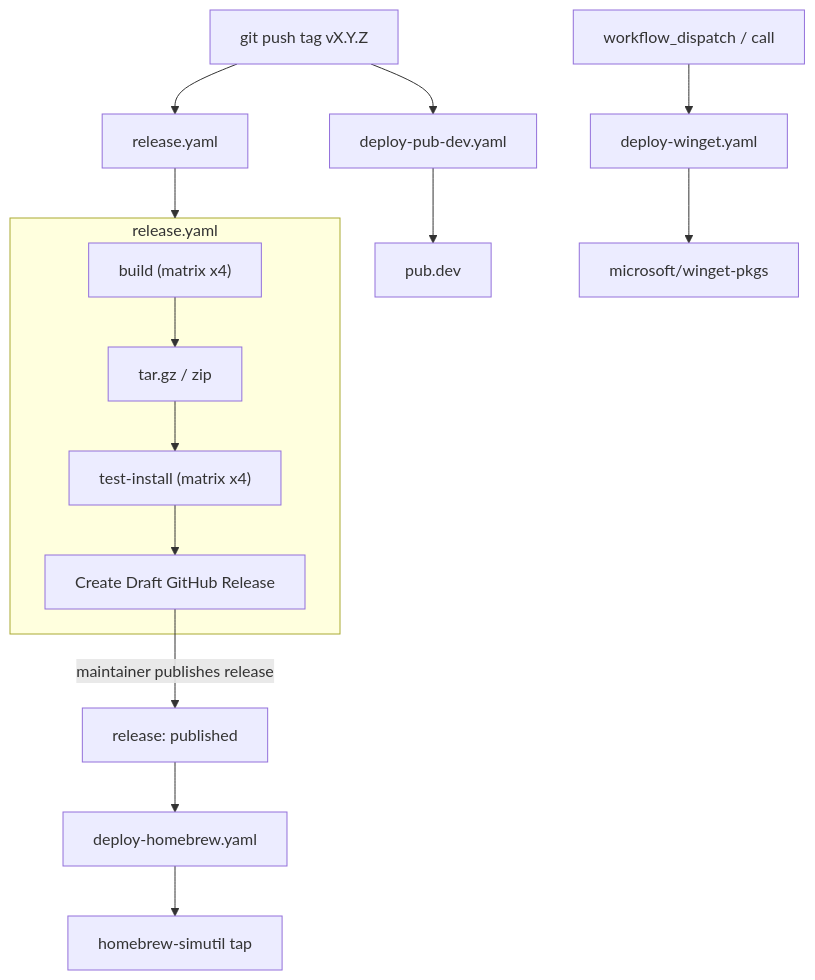
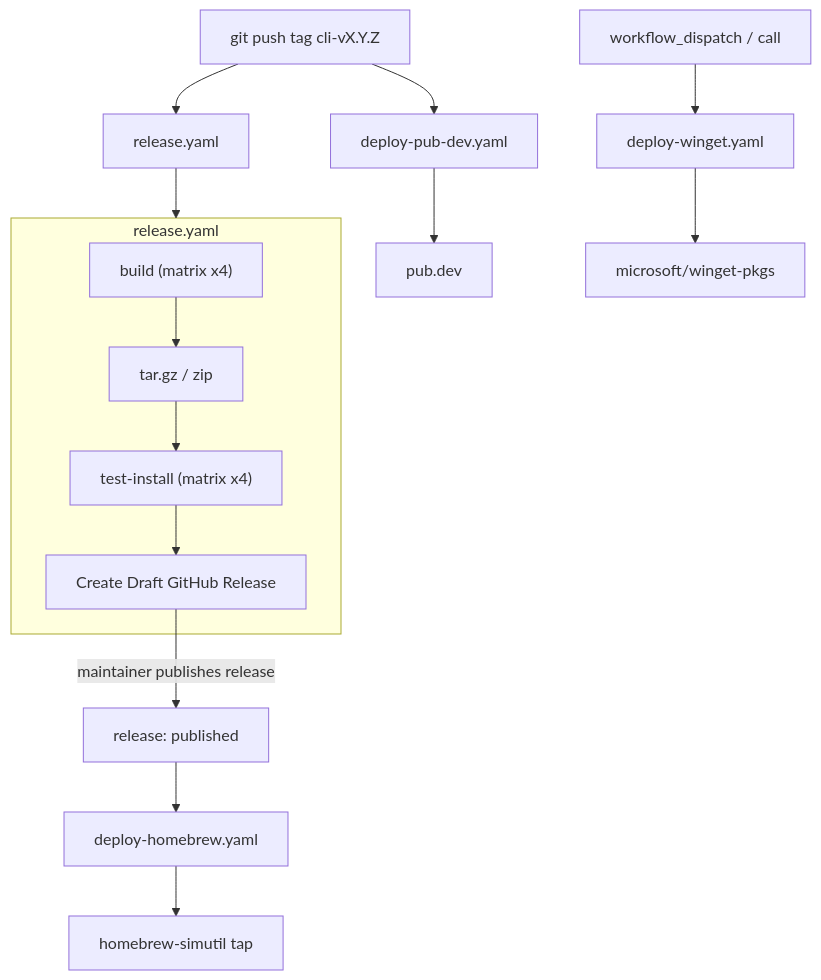
Before and after one commit to dungngminh/simutil: the diagram in docs/ai/deployment.md, drawn with Mermaid. The commit also changed other lines of this file and 19 other files, not shown here.

First line of the commit message:
ci: tag CLI releases cli-v* and split release notes by label

````diff
--- a/docs/ai/deployment.md
+++ b/docs/ai/deployment.md
@@ -25,21 +28,21 @@
 ```mermaid
 flowchart TD
-    Tag["git push tag vX.Y.Z"] --> Release["release.yaml"]
+    Tag["git push tag cli-vX.Y.Z"] --> Release["release.yaml"]
     Tag --> Pub["deploy-pub-dev.yaml"]
 
     subgraph release [release.yaml]
         Build["build (matrix x4)"] --> Archive["tar.gz / zip"]
         Archive --> Install["test-install (matrix x4)"]
         Install --> Draft["Create Draft GitHub Release"]
     end
     Release --> release
 
     Draft -->|"maintainer publishes release"| Published["release: published"]
     Published --> Brew["deploy-homebrew.yaml"]
     Brew --> Tap["homebrew-simutil tap"]
 
     Pub --> PubDev["pub.dev"]
 
     Manual["workflow_dispatch / call"] --> WinGet["deploy-winget.yaml"]
     WinGet --> WinGetRepo["microsoft/winget-pkgs"]
 ```
````
